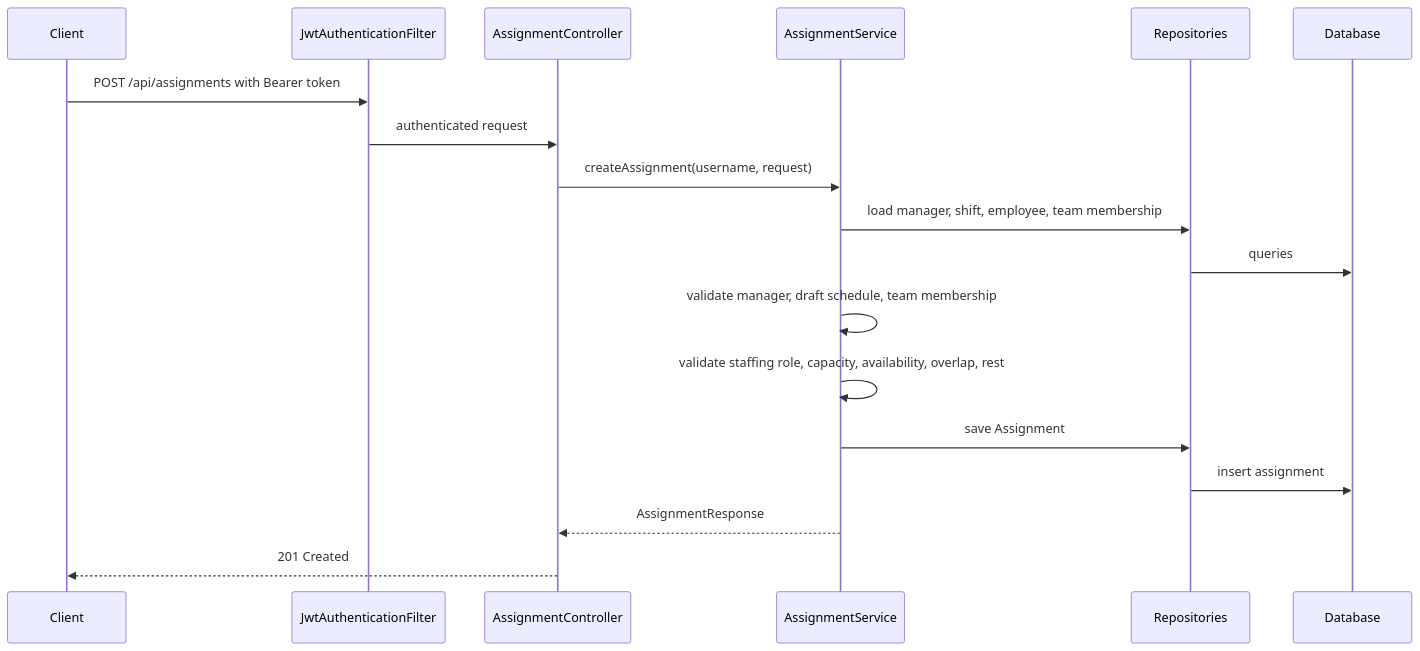
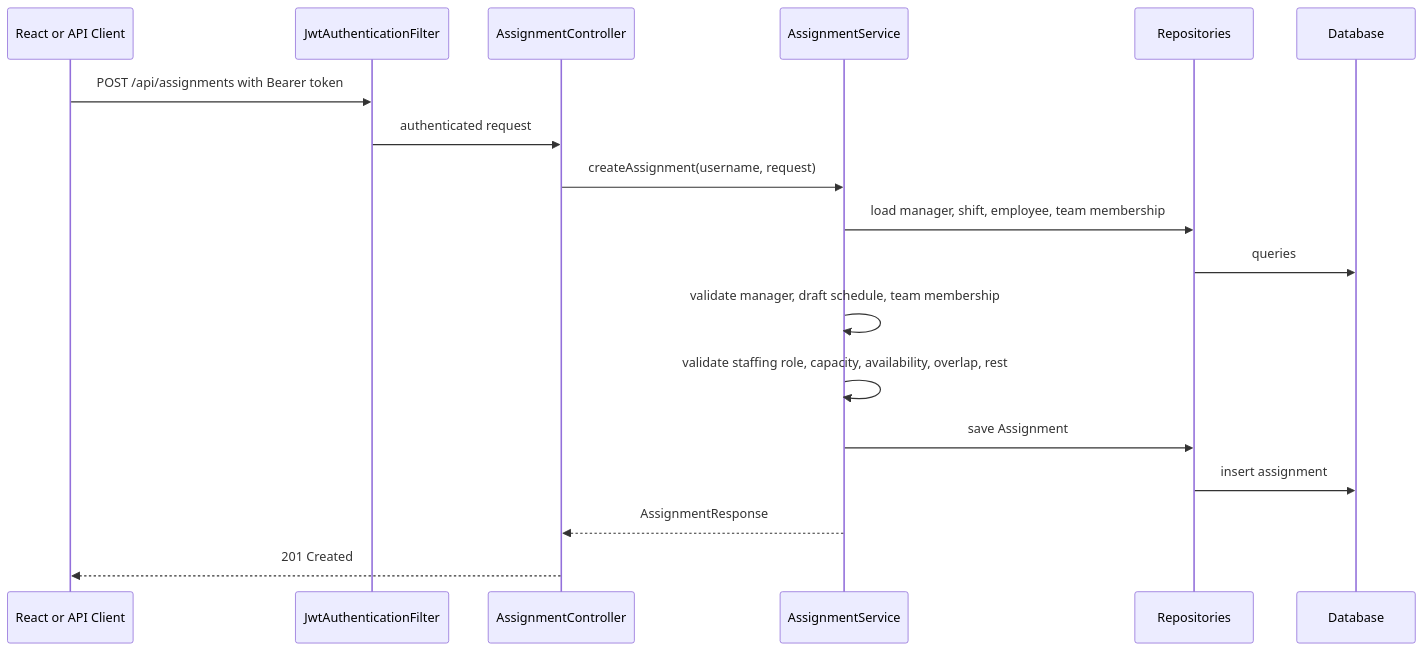
Before and after one commit to HiliMor/shift-management-system: diagram 12 of 14 in docs/current-backend-architecture.md, drawn with Mermaid. The commit also changed other lines of this file and 5 other files, not shown here.

````diff
--- a/docs/current-backend-architecture.md
+++ b/docs/current-backend-architecture.md
@@ -364,21 +383,21 @@
 ```mermaid
 sequenceDiagram
-    participant Client
+    participant Client as React or API Client
     participant Security as JwtAuthenticationFilter
     participant AssignmentController
     participant AssignmentService
     participant Repositories
     participant Database
 
     Client->>Security: POST /api/assignments with Bearer token
     Security->>AssignmentController: authenticated request
     AssignmentController->>AssignmentService: createAssignment(username, request)
     AssignmentService->>Repositories: load manager, shift, employee, team membership
     Repositories->>Database: queries
     AssignmentService->>AssignmentService: validate manager, draft schedule, team membership
     AssignmentService->>AssignmentService: validate staffing role, capacity, availability, overlap, rest
     AssignmentService->>Repositories: save Assignment
     Repositories->>Database: insert assignment
     AssignmentService-->>AssignmentController: AssignmentResponse
     AssignmentController-->>Client: 201 Created
 ```
````
